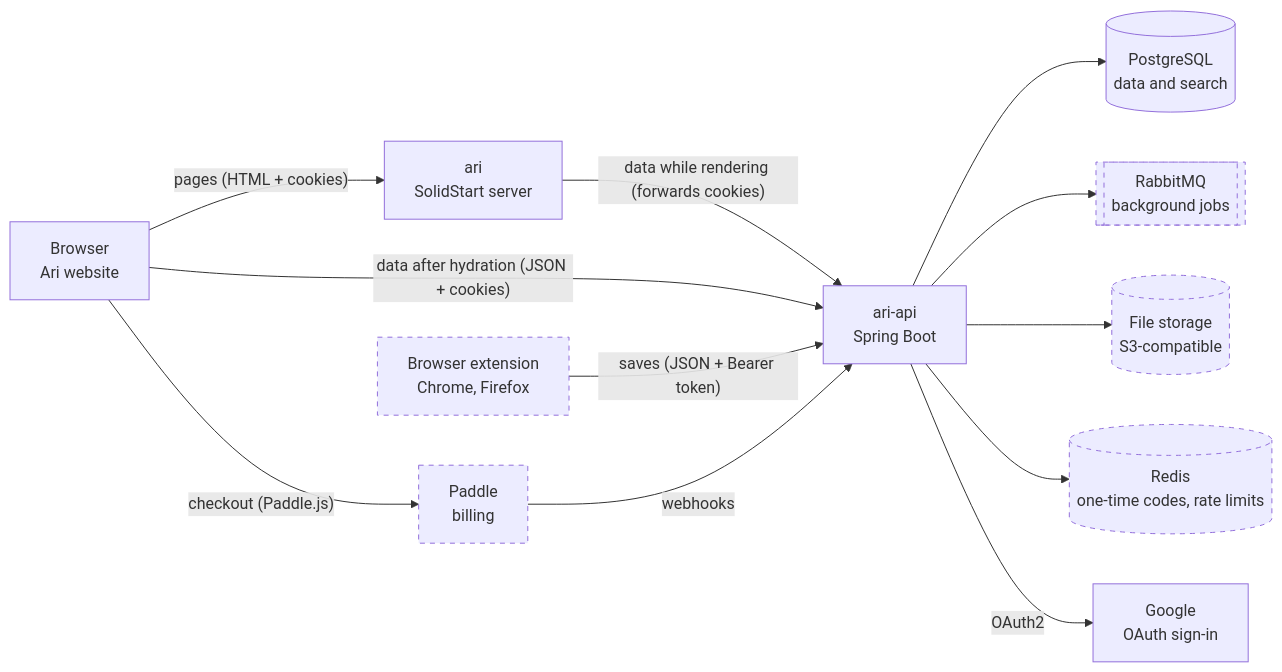
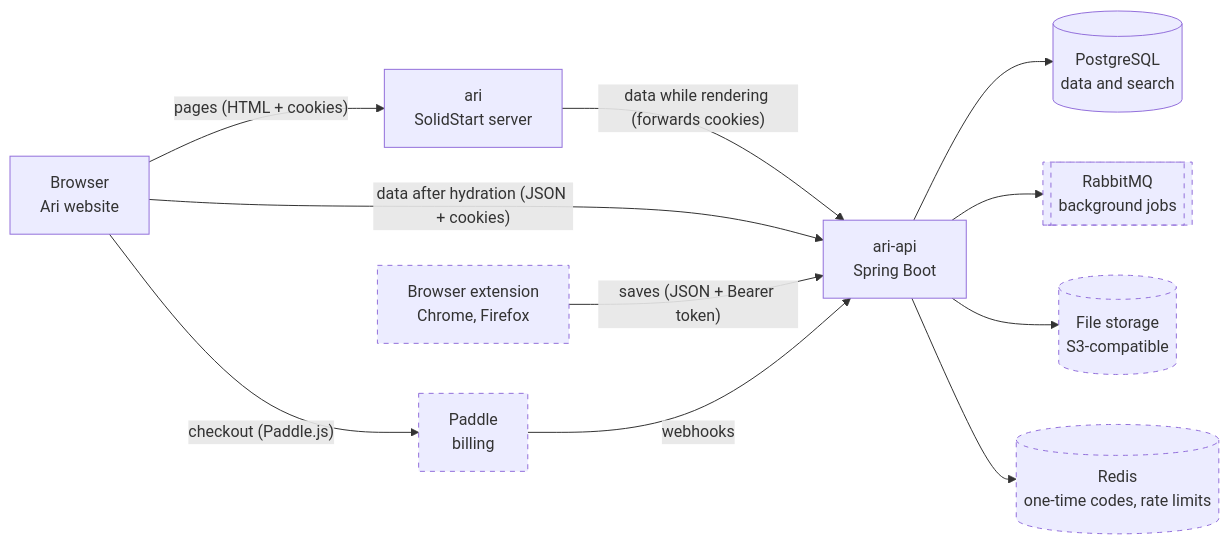
Before and after one commit to salimsalimzade/ari-api: the diagram in docs/architecture.md, drawn with Mermaid. The commit also changed other lines of this file and 30 other files, not shown here.

````diff
--- a/docs/architecture.md
+++ b/docs/architecture.md
@@ -17,28 +17,26 @@
 ```mermaid
 flowchart LR
   browser["Browser<br/>Ari website"]
   ext["Browser extension<br/>Chrome, Firefox"]
   web["ari<br/>SolidStart server"]
   api["ari-api<br/>Spring Boot"]
   db[("PostgreSQL<br/>data and search")]
   mq[["RabbitMQ<br/>background jobs"]]
   files[("File storage<br/>S3-compatible")]
   redis[("Redis<br/>one-time codes, rate limits")]
-  google["Google<br/>OAuth sign-in"]
   paddle["Paddle<br/>billing"]
 
   browser -- "pages (HTML + cookies)" --> web
   web -- "data while rendering (forwards cookies)" --> api
   browser -- "data after hydration (JSON + cookies)" --> api
   ext -- "saves (JSON + Bearer token)" --> api
   browser -- "checkout (Paddle.js)" --> paddle
   paddle -- "webhooks" --> api
   api --> db
   api --> mq
   api --> files
   api --> redis
-  api -- "OAuth2" --> google
 
   classDef later stroke-dasharray: 5 5
   class ext,mq,files,redis,paddle later
 ```
````
